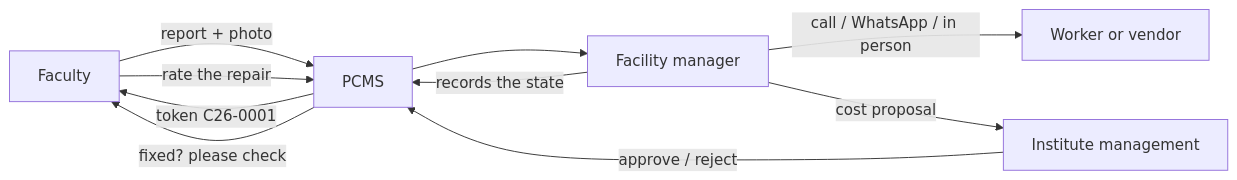
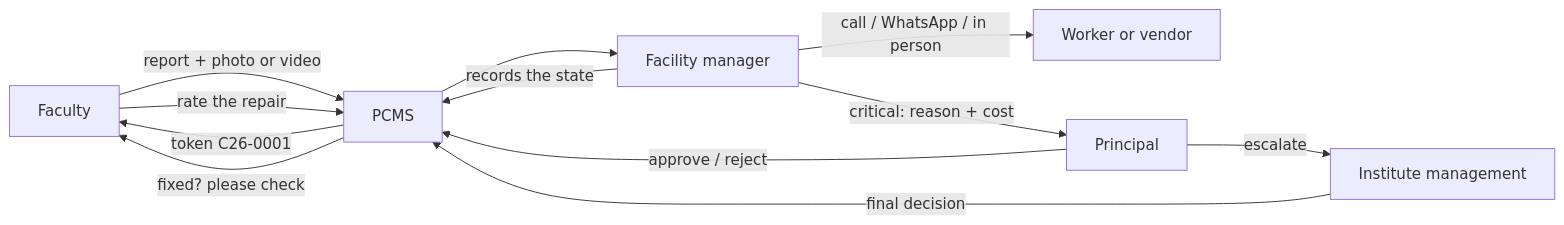
The diagram in README.md (OSSC-DBIT/pcms), drawn with Mermaid before and after one commit. The commit also changed other lines of this file and 100 other files, not shown here.

````diff
--- a/README.md
+++ b/README.md
@@ -11,12 +18,14 @@
 ```mermaid
 flowchart LR
-    F[Faculty] -->|report + photo| P[PCMS]
+    F[Faculty] -->|report + photo or video| P[PCMS]
     P -->|token C26-0001| F
     P --> M[Facility manager]
     M -->|call / WhatsApp / in person| W[Worker or vendor]
     M -->|records the state| P
-    M -->|cost proposal| I[Institute management]
-    I -->|approve / reject| P
+    M -->|critical: reason + cost| R[Principal]
+    R -->|approve / reject| P
+    R -->|escalate| I[Institute management]
+    I -->|final decision| P
     P -->|fixed? please check| F
     F -->|rate the repair| P
 ```
````
